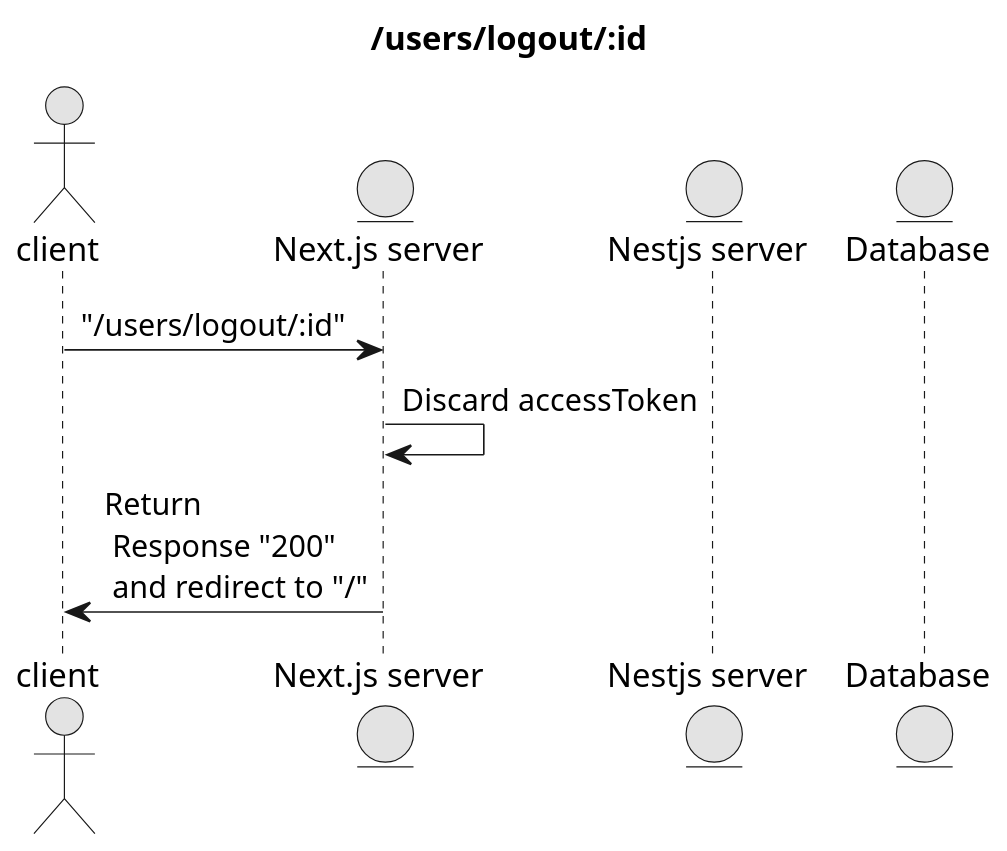
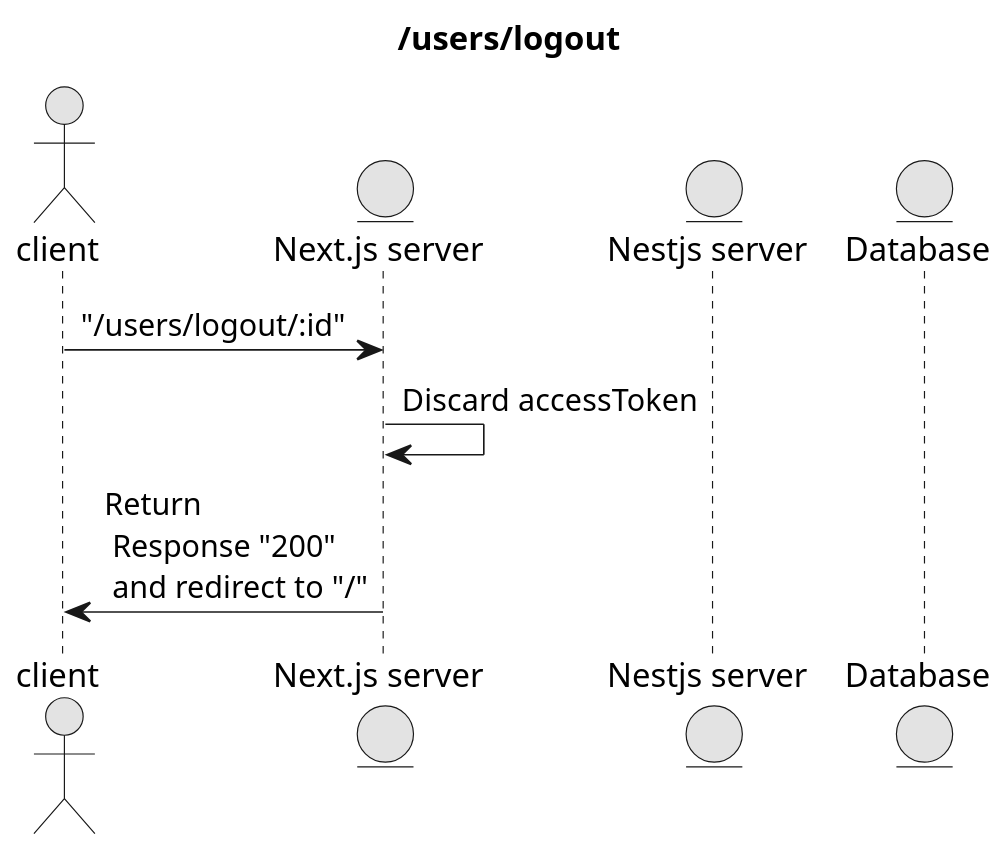
One commit to tomo324/idea-app-front changed the diagram in public/diagram/users/logout.adoc. Above: the diagram before and after it, drawn with PlantUML. The commit also changed 3 other files, not shown here.

```diff
--- a/public/diagram/users/logout.adoc
+++ b/public/diagram/users/logout.adoc
@@ -1,16 +1,16 @@
 [plantuml,alice-bob,svg,role=sequence]
 ....
-title /users/logout/:id
+title /users/logout
 skinparam monochrome true
 skinparam ranksep 20
 skinparam dpi 150
 skinparam arrowThickness 0.7
 
 actor client
 entity "Next.js server" as next
 entity "Nestjs server" as server
 entity "Database" as db
 client->next: "/users/logout/:id"
 next->next: Discard accessToken
 next->client: Return \n Response "200" \n and redirect to "/"
 ....
```
